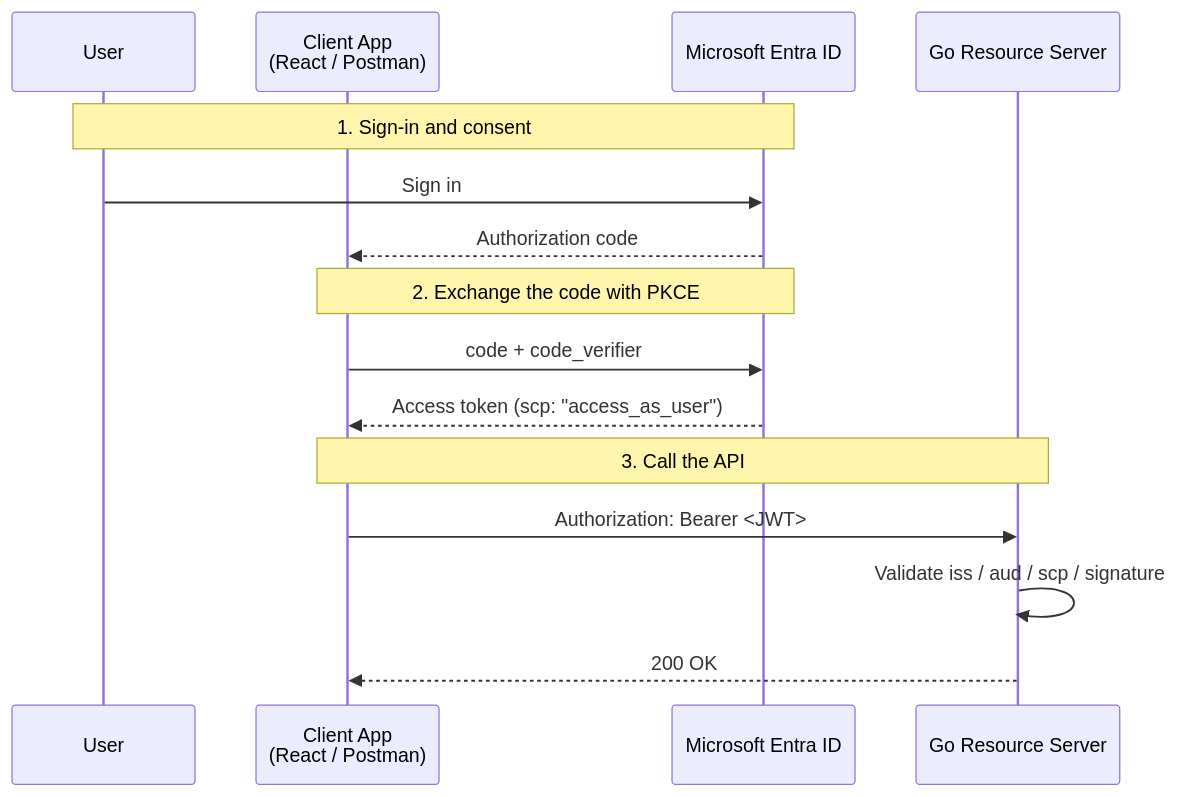
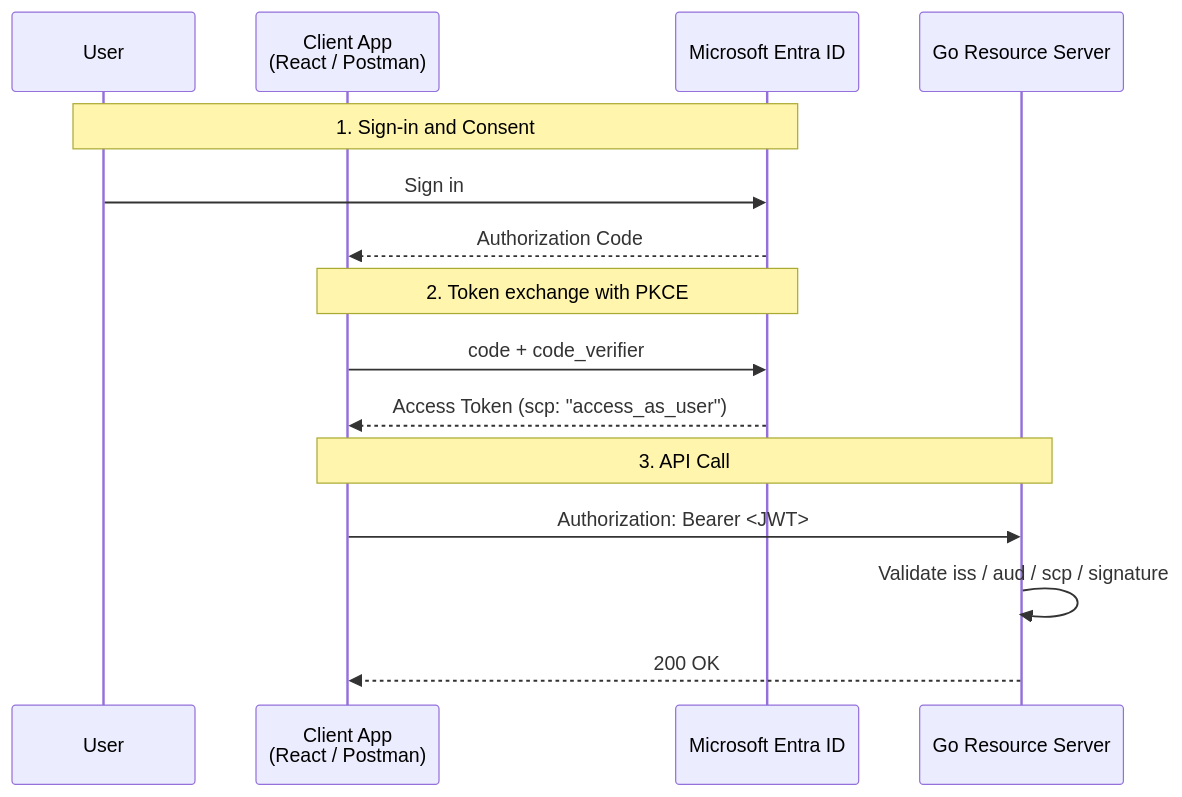
Before and after one commit to sokoide/workshop: the second of 2 diagrams in infra/oauth2_entra_en.md, drawn with Mermaid. The commit also changed other lines of this file and 8 other files, not shown here.

````diff
--- a/infra/oauth2_entra_en.md
+++ b/infra/oauth2_entra_en.md
@@ -344,20 +366,20 @@
 ```mermaid
 sequenceDiagram
     participant User as User
     participant Client as Client App<br/>(React / Postman)
     participant Entra as Microsoft Entra ID
     participant API as Go Resource Server
 
-    Note over User, Entra: 1. Sign-in and consent
+    Note over User, Entra: 1. Sign-in and Consent
     User->>Entra: Sign in
-    Entra-->>Client: Authorization code
+    Entra-->>Client: Authorization Code
 
-    Note over Client, Entra: 2. Exchange the code with PKCE
+    Note over Client, Entra: 2. Token exchange with PKCE
     Client->>Entra: code + code_verifier
-    Entra-->>Client: Access token (scp: "access_as_user")
+    Entra-->>Client: Access Token (scp: "access_as_user")
 
-    Note over Client, API: 3. Call the API
+    Note over Client, API: 3. API Call
     Client->>API: Authorization: Bearer <JWT>
     API->>API: Validate iss / aud / scp / signature
     API-->>Client: 200 OK
 ```
````
